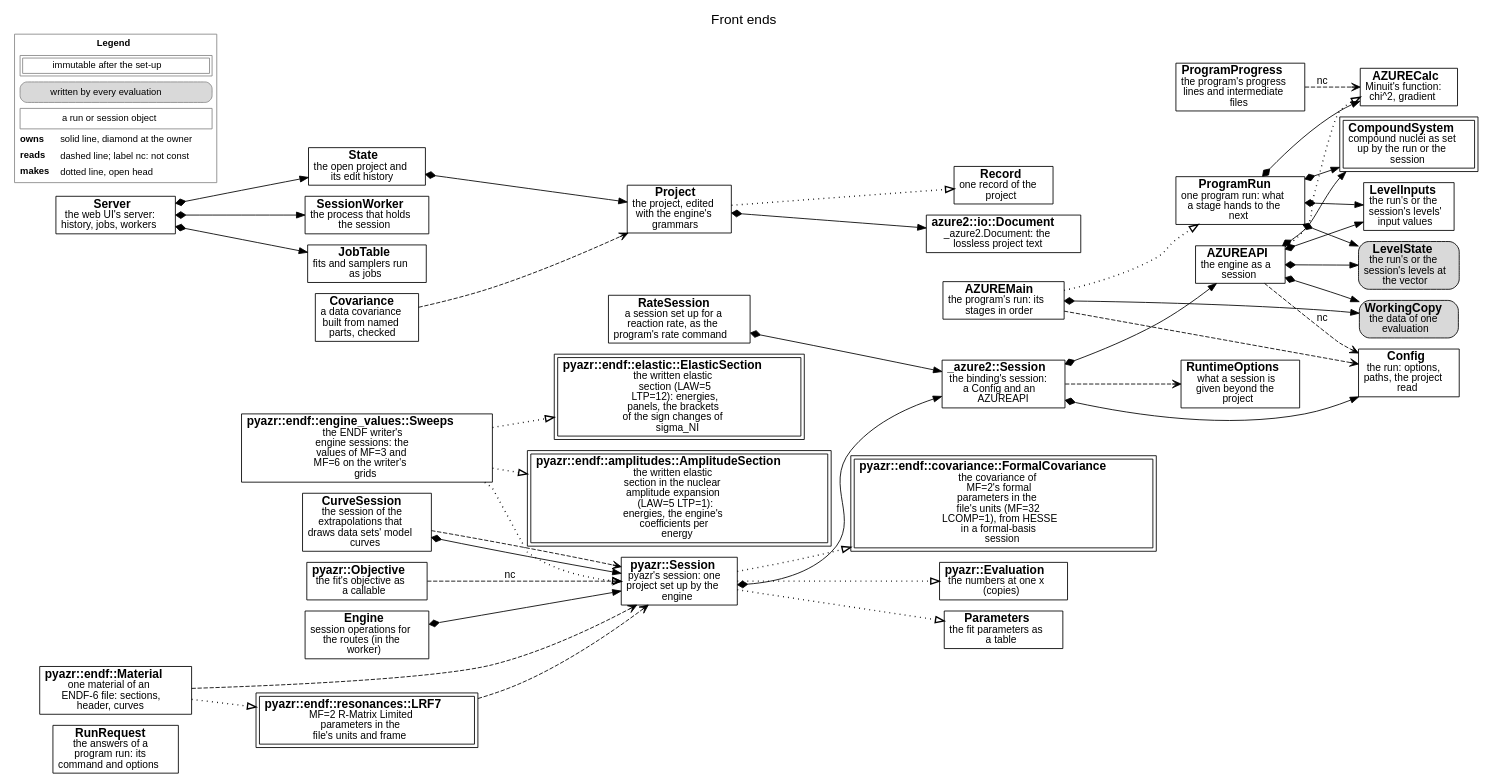
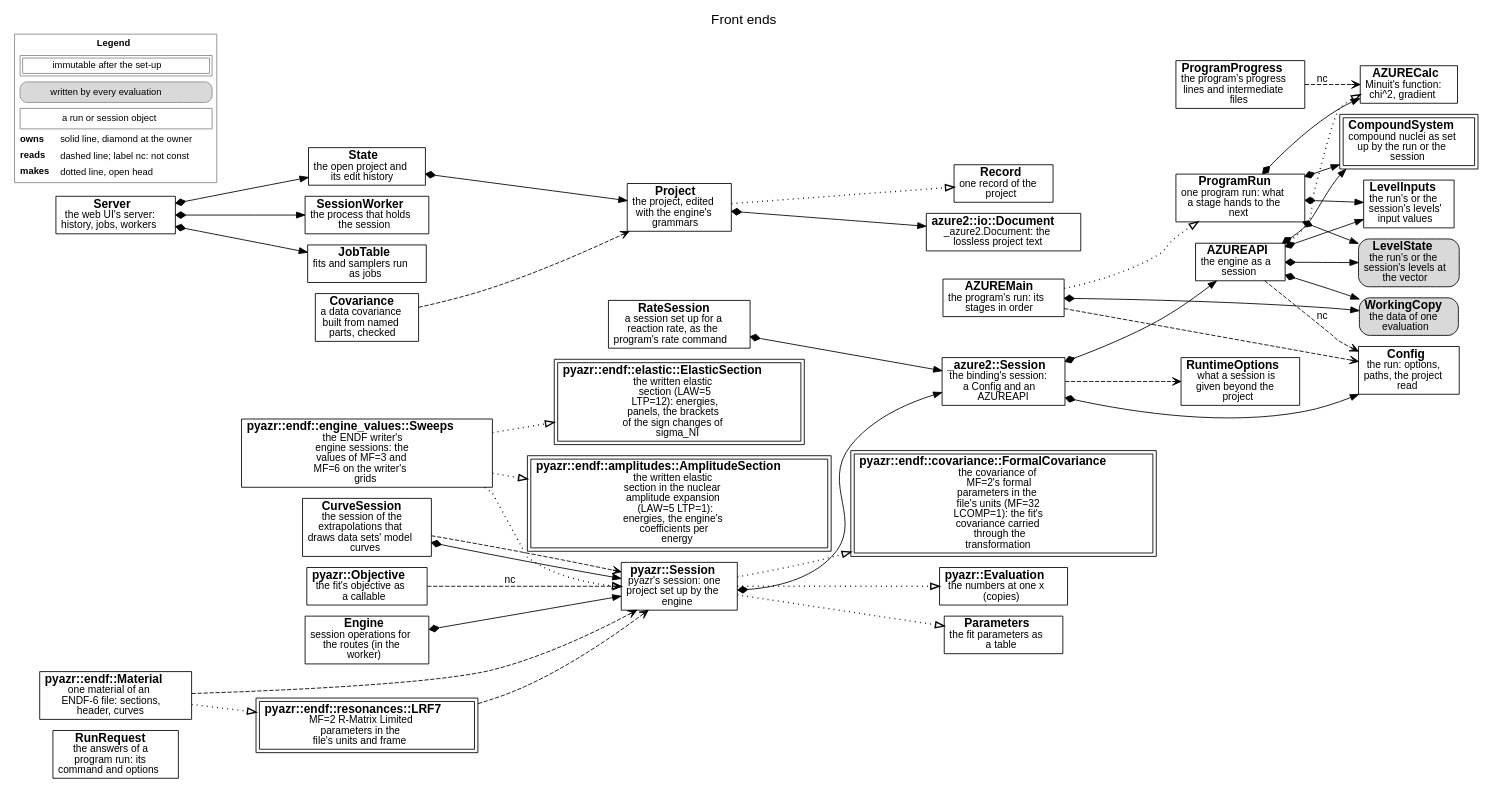
Before and after one commit to AZURE2DEV/AZURE2: the diagram in docs/source/developer/figures/frontends.dot, drawn with Graphviz. The commit also changed 12 other files, not shown here.

```diff
--- a/docs/source/developer/figures/frontends.dot
+++ b/docs/source/developer/figures/frontends.dot
@@ -1,79 +1,79 @@
 digraph frontends {
   graph [rankdir=LR, fontname="Helvetica", fontsize=16, labelloc=t, label="Front ends", nodesep=0.18, ranksep=0.3, newrank=true];
   node [fontname="Helvetica", fontsize=14, margin="0.08,0.04"];
   edge [fontname="Helvetica", fontsize=12];
   n_RunRequest [label=<<b>RunRequest</b><br/><font point-size="12">the answers of a<br/>program run: its<br/>command and options</font>>, shape=box, style="filled", fillcolor="white"];
   n_AZUREMain [label=<<b>AZUREMain</b><br/><font point-size="12">the program&#x27;s run: its<br/>stages in order</font>>, shape=box, style="filled", fillcolor="white"];
   n_Config [label=<<b>Config</b><br/><font point-size="12">the run: options,<br/>paths, the project<br/>read</font>>, shape=box, style="filled", fillcolor="white"];
   n_CompoundSystem [label=<<b>CompoundSystem</b><br/><font point-size="12">compound nuclei as set<br/>up by the run or the<br/>session</font>>, shape=box, peripheries=2, style="filled", fillcolor="white"];
   n_LevelState [label=<<b>LevelState</b><br/><font point-size="12">the run&#x27;s or the<br/>session&#x27;s levels at<br/>the vector</font>>, shape=box, style="rounded,filled", fillcolor="#d9d9d9"];
   n_LevelInputs [label=<<b>LevelInputs</b><br/><font point-size="12">the run&#x27;s or the<br/>session&#x27;s levels&#x27;<br/>input values</font>>, shape=box, style="filled", fillcolor="white"];
   n_WorkingCopy [label=<<b>WorkingCopy</b><br/><font point-size="12">the data of one<br/>evaluation</font>>, shape=box, style="rounded,filled", fillcolor="#d9d9d9"];
   n_AZURECalc [label=<<b>AZURECalc</b><br/><font point-size="12">Minuit&#x27;s function:<br/>chi^2, gradient</font>>, shape=box, style="filled", fillcolor="white"];
   n_ProgramRun [label=<<b>ProgramRun</b><br/><font point-size="12">one program run: what<br/>a stage hands to the<br/>next</font>>, shape=box, style="filled", fillcolor="white"];
   n_ProgramProgress [label=<<b>ProgramProgress</b><br/><font point-size="12">the program&#x27;s progress<br/>lines and intermediate<br/>files</font>>, shape=box, style="filled", fillcolor="white"];
   n_AZUREAPI [label=<<b>AZUREAPI</b><br/><font point-size="12">the engine as a<br/>session</font>>, shape=box, style="filled", fillcolor="white"];
   n__azure2__Session [label=<<b>_azure2::Session</b><br/><font point-size="12">the binding&#x27;s session:<br/>a Config and an<br/>AZUREAPI</font>>, shape=box, style="filled", fillcolor="white"];
   n_RuntimeOptions [label=<<b>RuntimeOptions</b><br/><font point-size="12">what a session is<br/>given beyond the<br/>project</font>>, shape=box, style="filled", fillcolor="white"];
   n_pyazr__Session [label=<<b>pyazr::Session</b><br/><font point-size="12">pyazr&#x27;s session: one<br/>project set up by the<br/>engine</font>>, shape=box, style="filled", fillcolor="white"];
   n_pyazr__Objective [label=<<b>pyazr::Objective</b><br/><font point-size="12">the fit&#x27;s objective as<br/>a callable</font>>, shape=box, style="filled", fillcolor="white"];
   n_pyazr__Evaluation [label=<<b>pyazr::Evaluation</b><br/><font point-size="12">the numbers at one x<br/>(copies)</font>>, shape=box, style="filled", fillcolor="white"];
   n_Parameters [label=<<b>Parameters</b><br/><font point-size="12">the fit parameters as<br/>a table</font>>, shape=box, style="filled", fillcolor="white"];
   n_Project [label=<<b>Project</b><br/><font point-size="12">the project, edited<br/>with the engine&#x27;s<br/>grammars</font>>, shape=box, style="filled", fillcolor="white"];
   n_Record [label=<<b>Record</b><br/><font point-size="12">one record of the<br/>project</font>>, shape=box, style="filled", fillcolor="white"];
   n_azure2__io__Document [label=<<b>azure2::io::Document</b><br/><font point-size="12">_azure2.Document: the<br/>lossless project text</font>>, shape=box, style="filled", fillcolor="white"];
   n_Server [label=<<b>Server</b><br/><font point-size="12">the web UI&#x27;s server:<br/>history, jobs, workers</font>>, shape=box, style="filled", fillcolor="white"];
   n_State [label=<<b>State</b><br/><font point-size="12">the open project and<br/>its edit history</font>>, shape=box, style="filled", fillcolor="white"];
   n_SessionWorker [label=<<b>SessionWorker</b><br/><font point-size="12">the process that holds<br/>the session</font>>, shape=box, style="filled", fillcolor="white"];
   n_Engine [label=<<b>Engine</b><br/><font point-size="12">session operations for<br/>the routes (in the<br/>worker)</font>>, shape=box, style="filled", fillcolor="white"];
   n_JobTable [label=<<b>JobTable</b><br/><font point-size="12">fits and samplers run<br/>as jobs</font>>, shape=box, style="filled", fillcolor="white"];
   n_pyazr__endf__Material [label=<<b>pyazr::endf::Material</b><br/><font point-size="12">one material of an<br/>ENDF-6 file: sections,<br/>header, curves</font>>, shape=box, style="filled", fillcolor="white"];
   n_pyazr__endf__resonances__LRF7 [label=<<b>pyazr::endf::resonances::LRF7</b><br/><font point-size="12">MF=2 R-Matrix Limited<br/>parameters in the<br/>file&#x27;s units and frame</font>>, shape=box, peripheries=2, style="filled", fillcolor="white"];
   n_pyazr__endf__engine_values__Sweeps [label=<<b>pyazr::endf::engine_values::Sweeps</b><br/><font point-size="12">the ENDF writer&#x27;s<br/>engine sessions: the<br/>values of MF=3 and<br/>MF=6 on the writer&#x27;s<br/>grids</font>>, shape=box, style="filled", fillcolor="white"];
   n_pyazr__endf__elastic__ElasticSection [label=<<b>pyazr::endf::elastic::ElasticSection</b><br/><font point-size="12">the written elastic<br/>section (LAW=5<br/>LTP=12): energies,<br/>panels, the brackets<br/>of the sign changes of<br/>sigma_NI</font>>, shape=box, peripheries=2, style="filled", fillcolor="white"];
   n_pyazr__endf__amplitudes__AmplitudeSection [label=<<b>pyazr::endf::amplitudes::AmplitudeSection</b><br/><font point-size="12">the written elastic<br/>section in the nuclear<br/>amplitude expansion<br/>(LAW=5 LTP=1):<br/>energies, the engine&#x27;s<br/>coefficients per<br/>energy</font>>, shape=box, peripheries=2, style="filled", fillcolor="white"];
-  n_pyazr__endf__covariance__FormalCovariance [label=<<b>pyazr::endf::covariance::FormalCovariance</b><br/><font point-size="12">the covariance of<br/>MF=2&#x27;s formal<br/>parameters in the<br/>file&#x27;s units (MF=32<br/>LCOMP=1), from HESSE<br/>in a formal-basis<br/>session</font>>, shape=box, peripheries=2, style="filled", fillcolor="white"];
+  n_pyazr__endf__covariance__FormalCovariance [label=<<b>pyazr::endf::covariance::FormalCovariance</b><br/><font point-size="12">the covariance of<br/>MF=2&#x27;s formal<br/>parameters in the<br/>file&#x27;s units (MF=32<br/>LCOMP=1): the fit&#x27;s<br/>covariance carried<br/>through the<br/>transformation</font>>, shape=box, peripheries=2, style="filled", fillcolor="white"];
   n_RateSession [label=<<b>RateSession</b><br/><font point-size="12">a session set up for a<br/>reaction rate, as the<br/>program&#x27;s rate command</font>>, shape=box, style="filled", fillcolor="white"];
   n_CurveSession [label=<<b>CurveSession</b><br/><font point-size="12">the session of the<br/>extrapolations that<br/>draws data sets&#x27; model<br/>curves</font>>, shape=box, style="filled", fillcolor="white"];
   n_Covariance [label=<<b>Covariance</b><br/><font point-size="12">a data covariance<br/>built from named<br/>parts, checked</font>>, shape=box, style="filled", fillcolor="white"];
   n_AZUREMain -> n_Config [style=dashed, arrowhead=vee];
   n_AZUREMain -> n_WorkingCopy [style=solid, dir=both, arrowtail=diamond, arrowhead=normal];
   n_AZUREMain -> n_ProgramRun [style=dotted, penwidth=1.6, arrowhead=empty];
   n_ProgramRun -> n_AZURECalc [style=solid, dir=both, arrowtail=diamond, arrowhead=normal];
   n_ProgramRun -> n_CompoundSystem [style=solid, dir=both, arrowtail=diamond, arrowhead=normal];
   n_ProgramRun -> n_LevelState [style=solid, dir=both, arrowtail=diamond, arrowhead=normal];
   n_ProgramRun -> n_LevelInputs [style=solid, dir=both, arrowtail=diamond, arrowhead=normal];
   n_ProgramProgress -> n_AZURECalc [style=dashed, arrowhead=vee, label=" nc"];
   n_AZUREAPI -> n_AZURECalc [style=dotted, penwidth=1.6, arrowhead=empty];
   n_AZUREAPI -> n_Config [style=dashed, arrowhead=vee, label=" nc"];
   n_AZUREAPI -> n_CompoundSystem [style=solid, dir=both, arrowtail=diamond, arrowhead=normal];
   n_AZUREAPI -> n_LevelState [style=solid, dir=both, arrowtail=diamond, arrowhead=normal];
   n_AZUREAPI -> n_LevelInputs [style=solid, dir=both, arrowtail=diamond, arrowhead=normal];
   n_AZUREAPI -> n_WorkingCopy [style=solid, dir=both, arrowtail=diamond, arrowhead=normal];
   n__azure2__Session -> n_Config [style=solid, dir=both, arrowtail=diamond, arrowhead=normal];
   n__azure2__Session -> n_AZUREAPI [style=solid, dir=both, arrowtail=diamond, arrowhead=normal];
   n__azure2__Session -> n_RuntimeOptions [style=dashed, arrowhead=vee];
   n_pyazr__Session -> n__azure2__Session [style=solid, dir=both, arrowtail=diamond, arrowhead=normal];
   n_pyazr__Session -> n_Parameters [style=dotted, penwidth=1.6, arrowhead=empty];
   n_pyazr__Objective -> n_pyazr__Session [style=dashed, arrowhead=vee, label=" nc"];
   n_pyazr__Session -> n_pyazr__Evaluation [style=dotted, penwidth=1.6, arrowhead=empty];
   n_Project -> n_azure2__io__Document [style=solid, dir=both, arrowtail=diamond, arrowhead=normal];
   n_Project -> n_Record [style=dotted, penwidth=1.6, arrowhead=empty];
   n_State -> n_Project [style=solid, dir=both, arrowtail=diamond, arrowhead=normal];
   n_Server -> n_State [style=solid, dir=both, arrowtail=diamond, arrowhead=normal];
   n_Server -> n_SessionWorker [style=solid, dir=both, arrowtail=diamond, arrowhead=normal];
   n_Server -> n_JobTable [style=solid, dir=both, arrowtail=diamond, arrowhead=normal];
   n_Engine -> n_pyazr__Session [style=solid, dir=both, arrowtail=diamond, arrowhead=normal];
   n_RateSession -> n__azure2__Session [style=solid, dir=both, arrowtail=diamond, arrowhead=normal];
   n_CurveSession -> n_pyazr__Session [style=solid, dir=both, arrowtail=diamond, arrowhead=normal];
   n_CurveSession -> n_pyazr__Session [style=dashed, arrowhead=vee];
   n_Covariance -> n_Project [style=dashed, arrowhead=vee];
   n_pyazr__endf__Material -> n_pyazr__Session [style=dashed, arrowhead=vee];
   n_pyazr__endf__Material -> n_pyazr__endf__resonances__LRF7 [style=dotted, penwidth=1.6, arrowhead=empty];
   n_pyazr__endf__resonances__LRF7 -> n_pyazr__Session [style=dashed, arrowhead=vee];
   n_pyazr__endf__engine_values__Sweeps -> n_pyazr__Session [style=dotted, penwidth=1.6, arrowhead=empty];
   n_pyazr__endf__engine_values__Sweeps -> n_pyazr__endf__elastic__ElasticSection [style=dotted, penwidth=1.6, arrowhead=empty];
   n_pyazr__endf__engine_values__Sweeps -> n_pyazr__endf__amplitudes__AmplitudeSection [style=dotted, penwidth=1.6, arrowhead=empty];
   n_pyazr__Session -> n_pyazr__endf__covariance__FormalCovariance [style=dotted, penwidth=1.6, arrowhead=empty];
   legend [shape=plaintext, fontsize=11, label=<<TABLE BORDER="1" CELLBORDER="0" CELLSPACING="3" COLOR="#888888"><TR><TD COLSPAN="2"><B>Legend</B></TD></TR><TR><TD COLSPAN="2"><TABLE BORDER="1" CELLBORDER="1" CELLSPACING="2" CELLPADDING="2"><TR><TD>immutable after the set-up</TD></TR></TABLE></TD></TR><TR><TD COLSPAN="2"><TABLE BORDER="1" CELLBORDER="0" CELLPADDING="3" STYLE="rounded" BGCOLOR="#d9d9d9"><TR><TD>written by every evaluation</TD></TR></TABLE></TD></TR><TR><TD COLSPAN="2"><TABLE BORDER="1" CELLBORDER="0" CELLPADDING="3" ><TR><TD>a run or session object</TD></TR></TABLE></TD></TR><TR><TD ALIGN="LEFT"><B>owns</B></TD><TD ALIGN="LEFT">solid line, diamond at the owner</TD></TR><TR><TD ALIGN="LEFT"><B>reads</B></TD><TD ALIGN="LEFT">dashed line; label nc: not const</TD></TR><TR><TD ALIGN="LEFT"><B>makes</B></TD><TD ALIGN="LEFT">dotted line, open head</TD></TR></TABLE>>];
 }
```
